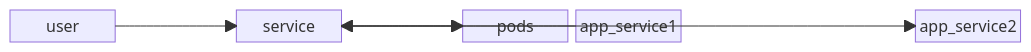
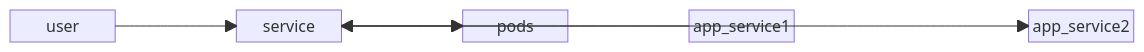
One commit to P-Y-R-O-B-O-T/KUBERNETES changed the diagram in README.md. Above: the diagram before and after it, drawn with Mermaid.

````diff
--- a/README.md
+++ b/README.md
@@ -258,9 +258,10 @@
 ```mermaid
 block-beta
   user space service space pods
   user-->service
   service-->pods
+  space
   app_service1 space service space app_service2
   app_service1-->service
   service-->app_service2
 ```
````
